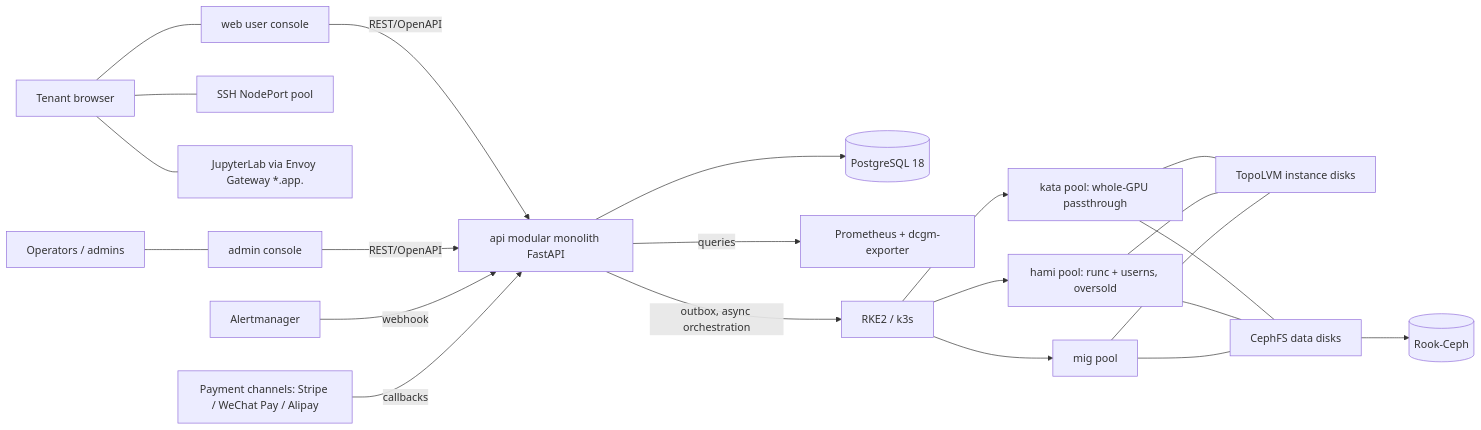
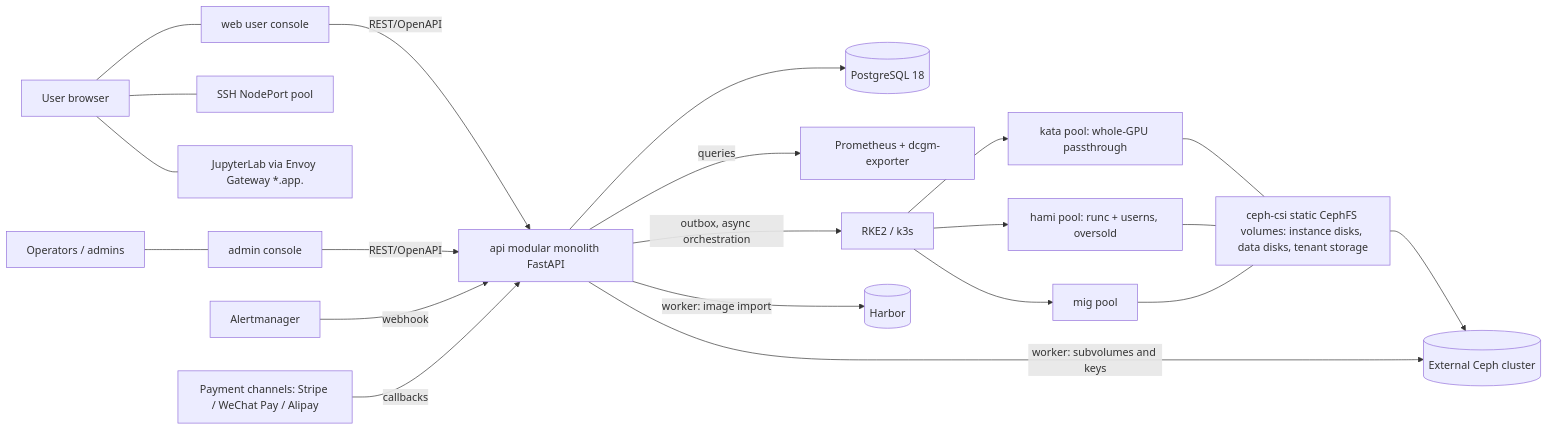
Before and after one commit to cgboy520/superdl: the first of 2 diagrams in docs/architecture.md, drawn with Mermaid. The commit also changed other lines of this file and 307 other files, not shown here.

````diff
--- a/docs/architecture.md
+++ b/docs/architecture.md
@@ -8,14 +8,16 @@
 ```mermaid
 flowchart LR
-    U[Tenant browser] --- W[web user console] & NP[SSH NodePort pool] & ING["JupyterLab via Envoy Gateway *.app.<domain>"]
+    U[User browser] --- W[web user console] & NP[SSH NodePort pool] & ING["JupyterLab via Envoy Gateway *.app.<domain>"]
     A[Operators / admins] --- AD[admin console]
     W & AD -- REST/OpenAPI --> API[api modular monolith FastAPI]
     ALM[Alertmanager] -- webhook --> API
     PAY[Payment channels: Stripe / WeChat Pay / Alipay] -- callbacks --> API
     API --> PG[(PostgreSQL 18)]
     API -- queries --> PROM[Prometheus + dcgm-exporter]
     API -- outbox, async orchestration --> K8S[RKE2 / k3s]
     K8S --> P1[kata pool: whole-GPU passthrough] & P2[hami pool: runc + userns, oversold] & P3[mig pool]
-    P1 & P2 & P3 --- LVM[TopoLVM instance disks] & CFS[CephFS data disks]
-    CFS --> ROOK[(Rook-Ceph)]
+    P1 & P2 & P3 --- CSI[ceph-csi static CephFS volumes: instance disks, data disks, tenant storage]
+    CSI --> CEPH[(External Ceph cluster)]
+    API -- worker: subvolumes and keys --> CEPH
+    API -- worker: image import --> HARBOR[(Harbor)]
 ```
````
